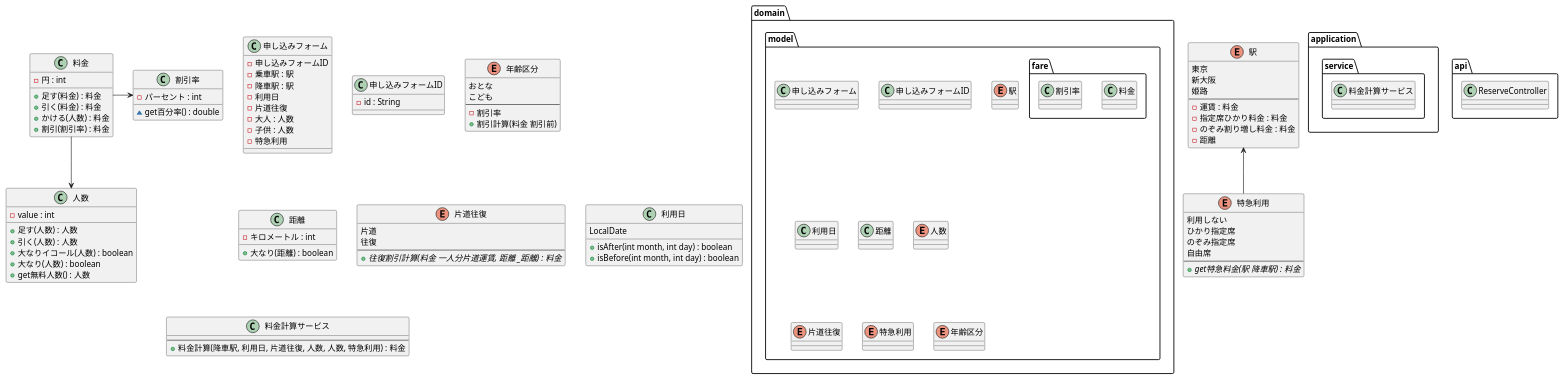
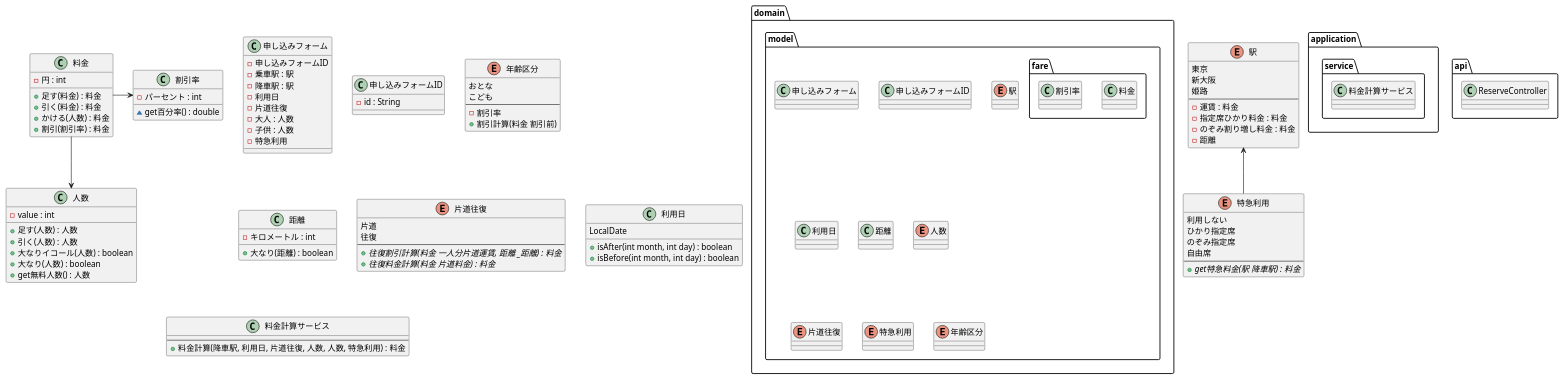
Before and after one commit to MiuraKotaro/jr-pricing: the diagram in uml/class.puml, drawn with PlantUML. The commit also changed 3 other files, not shown here.

```diff
--- a/uml/class.puml
+++ b/uml/class.puml
@@ -1,120 +1,121 @@
 @startuml
 
 package domain {
     package model {
 
         class 申し込みフォーム
         class 申し込みフォームID
         enum 駅
         package fare {
             class 料金
             class 割引率
         }
         class 利用日
         class 距離
         enum 人数
         enum 片道往復
         enum 特急利用
         enum 年齢区分
     }
 
 }
 
 package application {
     package service {
         class 料金計算サービス
     }
 }
 
 package api {
     class ReserveController
 }
 
 class 申し込みフォーム {
     - 申し込みフォームID
     - 乗車駅 : 駅
     - 降車駅 : 駅
     - 利用日
     - 片道往復
     - 大人 : 人数
     - 子供 : 人数
     - 特急利用
 }
 class 申し込みフォームID {
     - id : String
 }
 enum 駅 {
     東京
     新大阪
     姫路
     --
     - 運賃 : 料金
     - 指定席ひかり料金 : 料金
     - のぞみ割り増し料金 : 料金
     - 距離
 }
 enum 特急利用 {
     利用しない
     ひかり指定席
     のぞみ指定席
     自由席
     --
     + {abstract} get特急料金(駅 降車駅) : 料金
 }
 enum 年齢区分 {
     おとな
     こども
     --
     - 割引率
     + 割引計算(料金 割引前)
 }
 class 料金 {
     - 円 : int
 
     + 足す(料金) : 料金
     + 引く(料金) : 料金
     + かける(人数) : 料金
     + 割引(割引率) : 料金
 }
 class 割引率 {
     - パーセント : int
 
     ~ get百分率() : double
 }
 class 距離 {
     - キロメートル : int
 
     + 大なり(距離) : boolean
 }
 class 人数 {
     - value : int
 
     + 足す(人数) : 人数
     + 引く(人数) : 人数
     + 大なりイコール(人数) : boolean
     + 大なり(人数) : boolean
     + get無料人数() : 人数
 }
 enum 片道往復 {
     片道
     往復
     --
     + {abstract} 往復割引計算(料金 一人分片道運賃, 距離 _距離) : 料金
+    + {abstract} 往復料金計算(料金 片道料金) : 料金
 }
 class 利用日 {
     LocalDate
 
     + isAfter(int month, int day) : boolean
     + isBefore(int month, int day) : boolean
 }
 
 class 料金計算サービス {
     --
     + 料金計算(降車駅, 利用日, 片道往復, 人数, 人数, 特急利用) : 料金
 }
 
 駅 <-- 特急利用
 料金 --> 人数
 料金 -> 割引率
 
 @enduml
```
